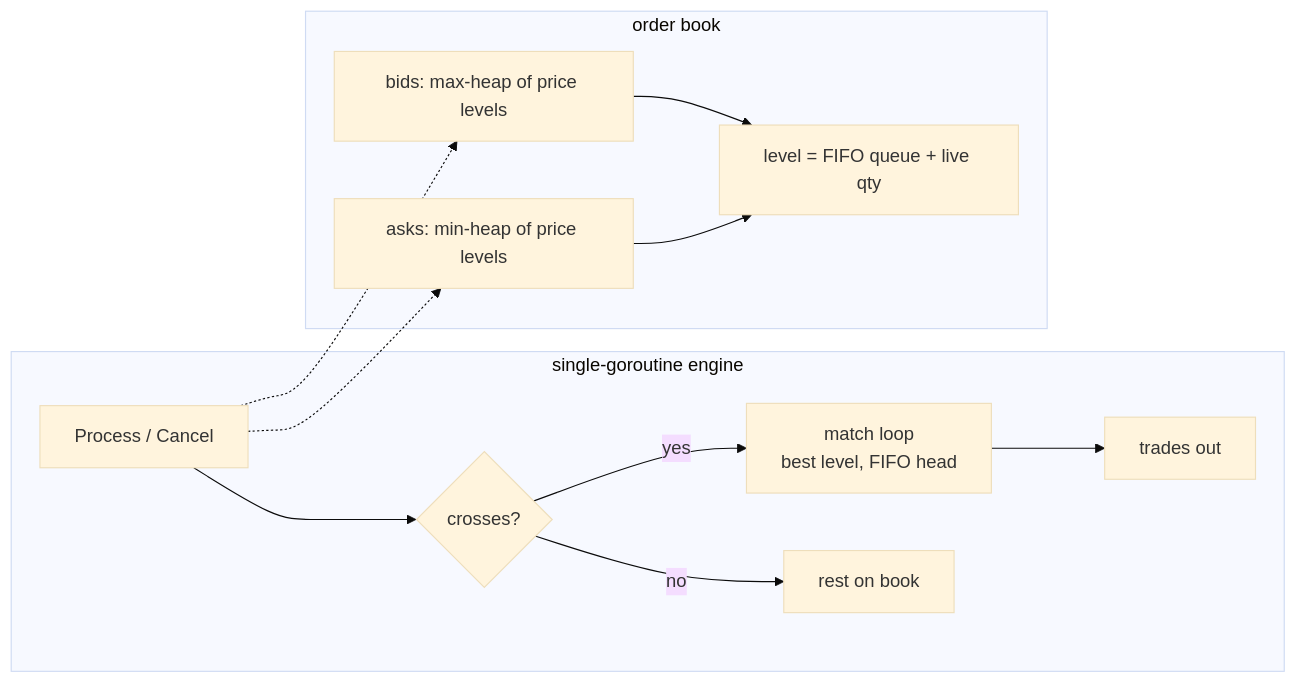
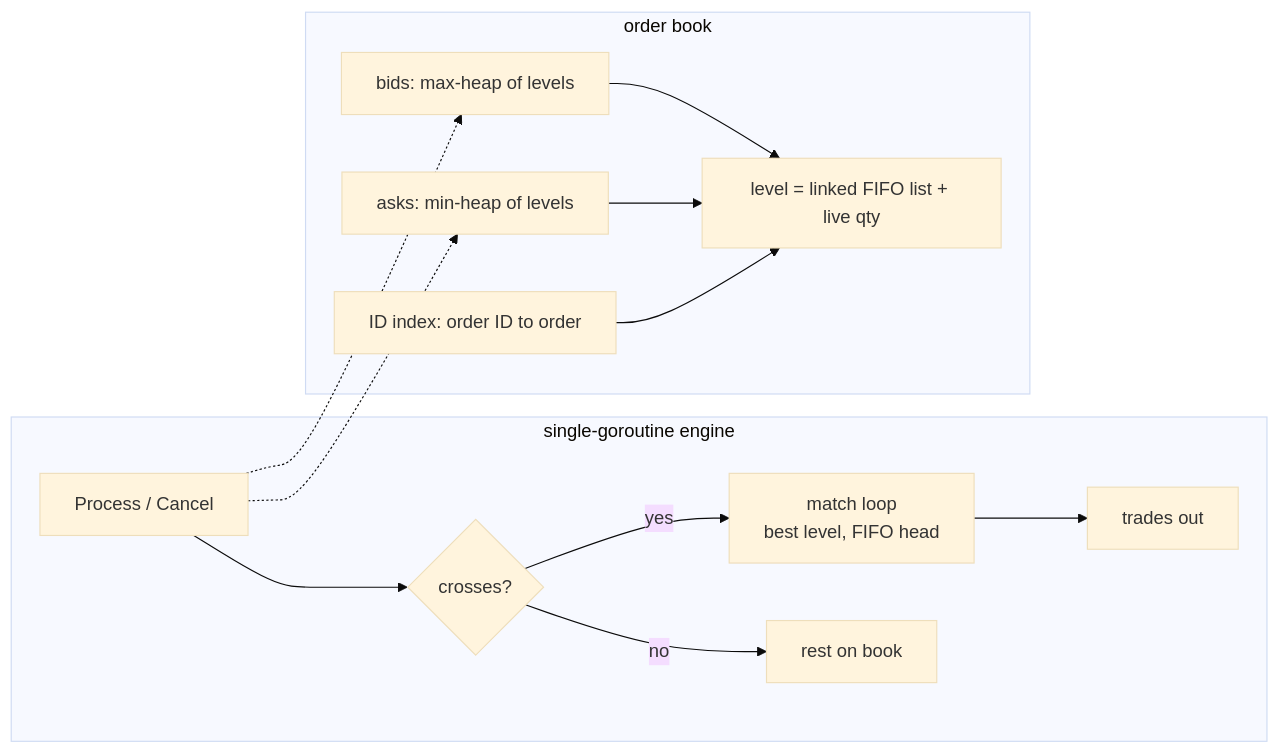
Before and after one commit to Arman-Chaudhury/matchbook: the diagram in README.md, drawn with Mermaid (base theme). The commit also changed other lines of this file, not shown here.

````diff
--- a/README.md
+++ b/README.md
@@ -48,18 +51,20 @@
 ```mermaid
 flowchart LR
     subgraph Engine [single-goroutine engine]
         P[Process / Cancel] --> M{crosses?}
         M -- yes --> X[match loop\nbest level, FIFO head]
         M -- no --> R[rest on book]
         X --> T[trades out]
     end
     subgraph Book [order book]
-        B[bids: max-heap of price levels]
-        A[asks: min-heap of price levels]
-        L["level = FIFO queue + live qty"]
+        B[bids: max-heap of levels]
+        A[asks: min-heap of levels]
+        L["level = linked FIFO list + live qty"]
+        I["ID index: order ID to order"]
         B --> L
         A --> L
+        I --> L
     end
     P -.-> B
     P -.-> A
 ```
````
